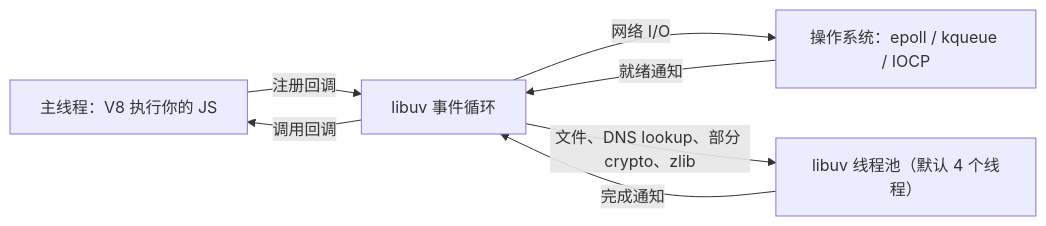
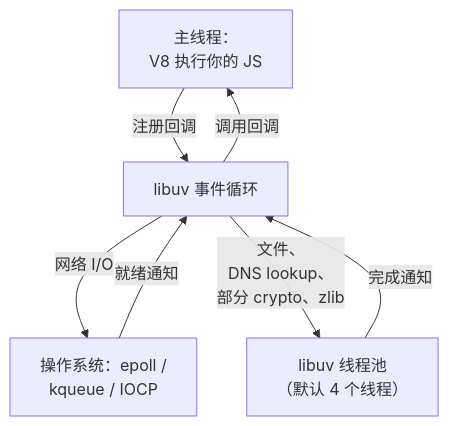
The first of 2 diagrams in books/ts-node-advanced/04-event-loop-libuv.md (jarvis-pro/hatch-shelf), drawn with Mermaid before and after one commit. The commit also changed other lines of this file and 432 other files, not shown here.

````diff
--- a/books/ts-node-advanced/04-event-loop-libuv.md
+++ b/books/ts-node-advanced/04-event-loop-libuv.md
@@ -7,9 +7,9 @@
 ```mermaid
-flowchart LR
-  JS["主线程：V8 执行你的 JS"] -->|"注册回调"| L["libuv 事件循环"]
-  L -->|"网络 I/O"| OS["操作系统：epoll / kqueue / IOCP"]
-  L -->|"文件、DNS lookup、部分 crypto、zlib"| TP["libuv 线程池（默认 4 个线程）"]
+flowchart TD
+  JS["主线程：<br/>V8 执行你的 JS"] -->|"注册回调"| L["libuv 事件循环"]
+  L -->|"网络 I/O"| OS["操作系统：epoll /<br/>kqueue / IOCP"]
+  L -->|"文件、<br/>DNS lookup、<br/>部分 crypto、zlib"| TP["libuv 线程池<br/>（默认 4 个线程）"]
   OS -->|"就绪通知"| L
   TP -->|"完成通知"| L
   L -->|"调用回调"| JS
 ```
````
